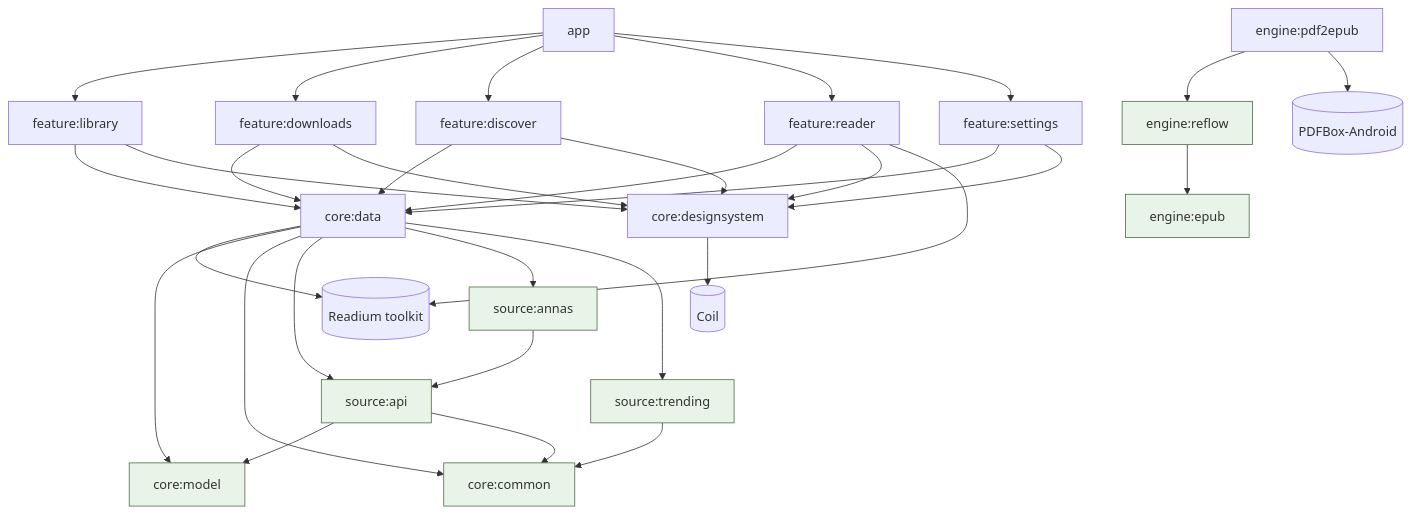
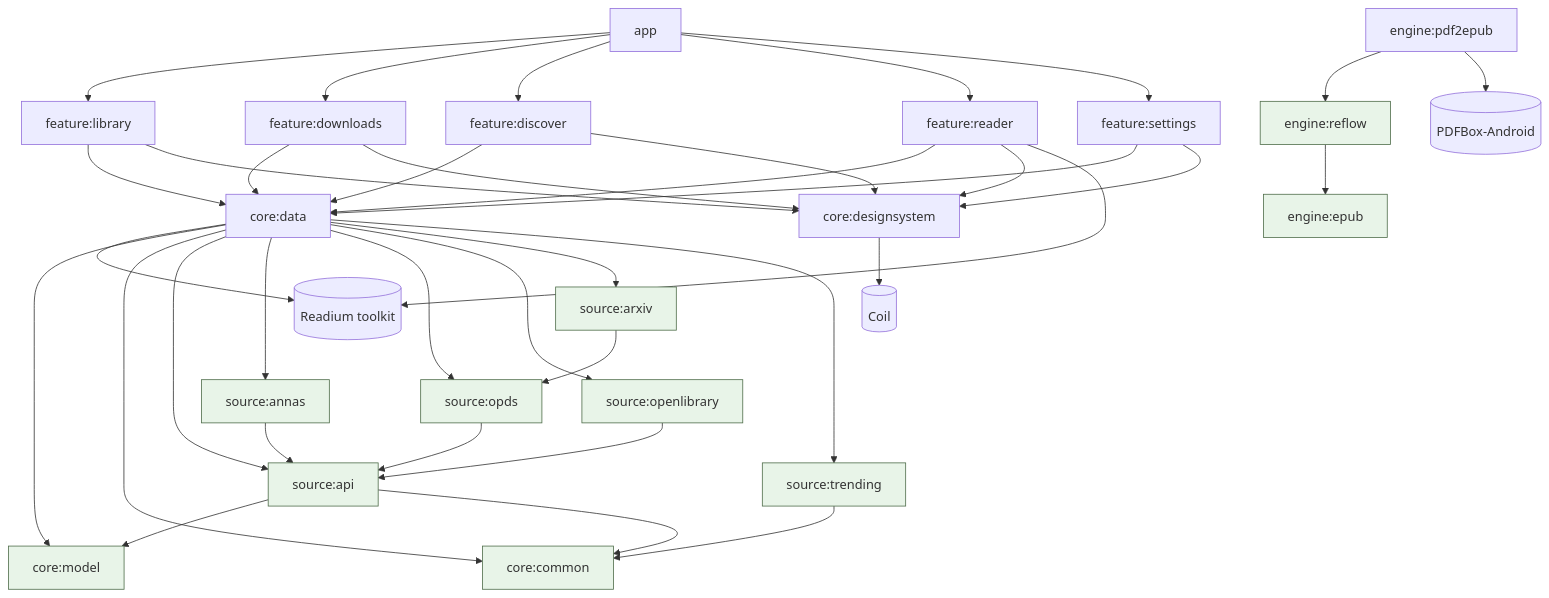
Before and after one commit to TBLgGamin/readana: the diagram in docs/ARCHITECTURE.md, drawn with Mermaid. The commit also changed other lines of this file and 153 other files, not shown here.

````diff
--- a/docs/ARCHITECTURE.md
+++ b/docs/ARCHITECTURE.md
@@ -9,40 +9,46 @@
 ```mermaid
 graph TD
     app --> feature_library[feature:library]
     app --> feature_downloads[feature:downloads]
     app --> feature_discover[feature:discover]
     app --> feature_reader[feature:reader]
     app --> feature_settings[feature:settings]
 
     feature_library --> core_data[core:data]
     feature_downloads --> core_data
     feature_discover --> core_data
     feature_reader --> core_data
     feature_settings --> core_data
     feature_library --> core_designsystem[core:designsystem]
     feature_downloads --> core_designsystem
     feature_discover --> core_designsystem
     feature_reader --> core_designsystem
     feature_settings --> core_designsystem
     feature_reader --> readium[(Readium toolkit)]
     core_designsystem --> coil[(Coil)]
 
     core_data --> readium
     core_data --> core_model[core:model]
     core_data --> core_common[core:common]
     core_data --> source_api[source:api]
     core_data --> source_annas[source:annas]
+    core_data --> source_opds[source:opds]
+    core_data --> source_openlibrary[source:openlibrary]
+    core_data --> source_arxiv[source:arxiv]
     core_data --> source_trending[source:trending]
 
     source_annas --> source_api
+    source_opds --> source_api
+    source_openlibrary --> source_api
+    source_arxiv --> source_opds
     source_trending --> core_common
     source_api --> core_model
     source_api --> core_common
 
     engine_pdf2epub[engine:pdf2epub] --> engine_reflow[engine:reflow]
     engine_pdf2epub --> pdfbox[(PDFBox-Android)]
     engine_reflow --> engine_epub[engine:epub]
 
     classDef jvm fill:#e8f4e8,stroke:#4f6d4a;
-    class core_model,core_common,source_api,source_annas,source_trending,engine_reflow,engine_epub jvm;
+    class core_model,core_common,source_api,source_annas,source_opds,source_openlibrary,source_arxiv,source_trending,engine_reflow,engine_epub jvm;
 ```
````
